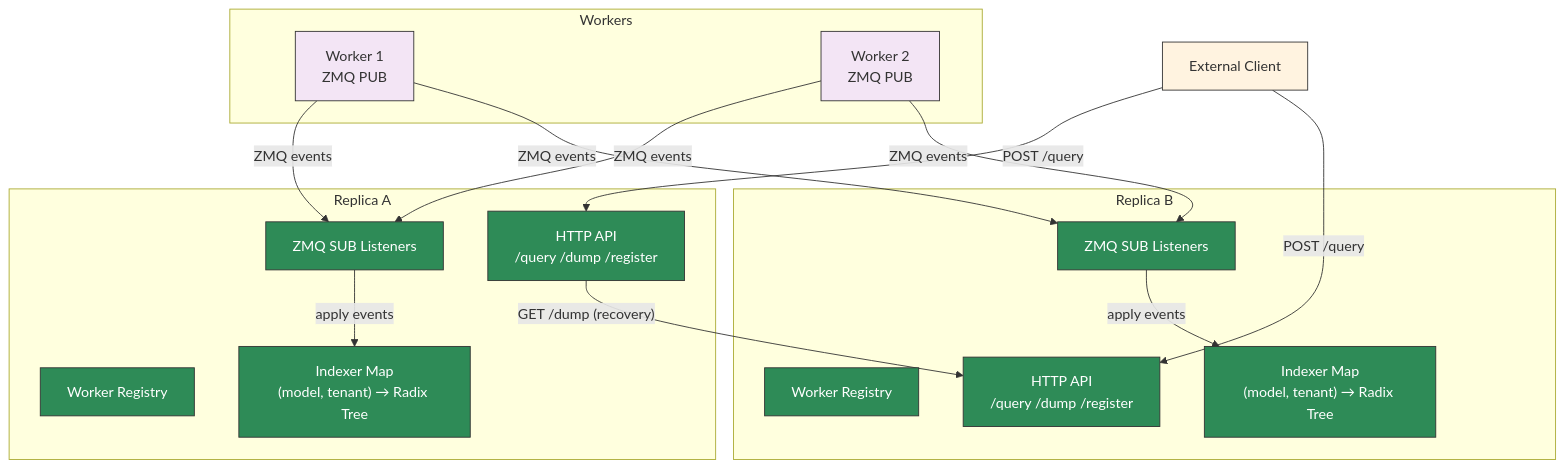
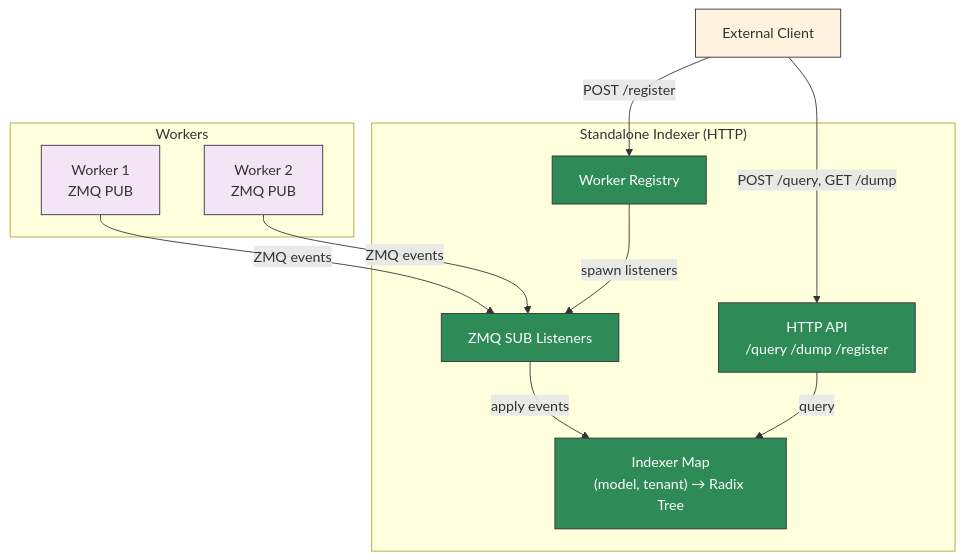
Before and after one commit to ai-dynamo/dynamo: the first of 2 diagrams in docs/components/router/standalone-indexer.md, drawn with Mermaid. The commit also changed other lines of this file, not shown here.

Commit message:
docs: simplify architecture diagram, add P2P recovery sequence diagram

````diff
--- a/docs/components/router/standalone-indexer.md
+++ b/docs/components/router/standalone-indexer.md
@@ -280,45 +280,32 @@
 ```mermaid
 graph TD
     subgraph Workers
         W1[Worker 1<br/>ZMQ PUB]
         W2[Worker 2<br/>ZMQ PUB]
     end
 
-    subgraph "Replica A"
-        REG_A[Worker Registry]
-        ZMQ_A[ZMQ SUB Listeners]
-        IDX_A["Indexer Map<br/>(model, tenant) → Radix Tree"]
-        HTTP_A[HTTP API<br/>/query /dump /register]
-    end
-
-    subgraph "Replica B"
-        REG_B[Worker Registry]
-        ZMQ_B[ZMQ SUB Listeners]
-        IDX_B["Indexer Map<br/>(model, tenant) → Radix Tree"]
-        HTTP_B[HTTP API<br/>/query /dump /register]
+    subgraph "Standalone Indexer (HTTP)"
+        REG[Worker Registry]
+        ZMQ[ZMQ SUB Listeners]
+        IDX["Indexer Map<br/>(model, tenant) → Radix Tree"]
+        HTTP[HTTP API<br/>/query /dump /register]
     end
 
     CLIENT[External Client]
 
-    W1 -->|ZMQ events| ZMQ_A
-    W2 -->|ZMQ events| ZMQ_A
-    W1 -->|ZMQ events| ZMQ_B
-    W2 -->|ZMQ events| ZMQ_B
-    ZMQ_A -->|apply events| IDX_A
-    ZMQ_B -->|apply events| IDX_B
-    HTTP_A -->|"GET /dump (recovery)"| HTTP_B
-    CLIENT -->|POST /query| HTTP_A
-    CLIENT -->|POST /query| HTTP_B
+    W1 -->|ZMQ events| ZMQ
+    W2 -->|ZMQ events| ZMQ
+    CLIENT -->|POST /register| REG
+    REG -->|spawn listeners| ZMQ
+    ZMQ -->|apply events| IDX
+    CLIENT -->|POST /query, GET /dump| HTTP
+    HTTP -->|query| IDX
 
     style W1 fill:#f3e5f5,stroke:#333,color:#333
     style W2 fill:#f3e5f5,stroke:#333,color:#333
-    style IDX_A fill:#2e8b57,stroke:#333,color:#fff
-    style ZMQ_A fill:#2e8b57,stroke:#333,color:#fff
-    style REG_A fill:#2e8b57,stroke:#333,color:#fff
-    style HTTP_A fill:#2e8b57,stroke:#333,color:#fff
-    style IDX_B fill:#2e8b57,stroke:#333,color:#fff
-    style ZMQ_B fill:#2e8b57,stroke:#333,color:#fff
-    style REG_B fill:#2e8b57,stroke:#333,color:#fff
-    style HTTP_B fill:#2e8b57,stroke:#333,color:#fff
+    style IDX fill:#2e8b57,stroke:#333,color:#fff
+    style ZMQ fill:#2e8b57,stroke:#333,color:#fff
+    style REG fill:#2e8b57,stroke:#333,color:#fff
+    style HTTP fill:#2e8b57,stroke:#333,color:#fff
     style CLIENT fill:#fff3e0,stroke:#333,color:#333
 ```
````
